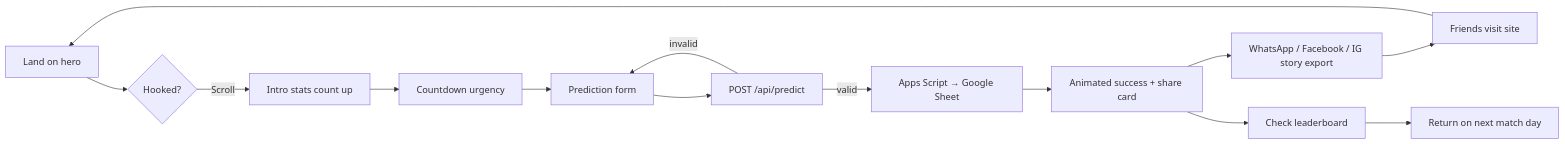
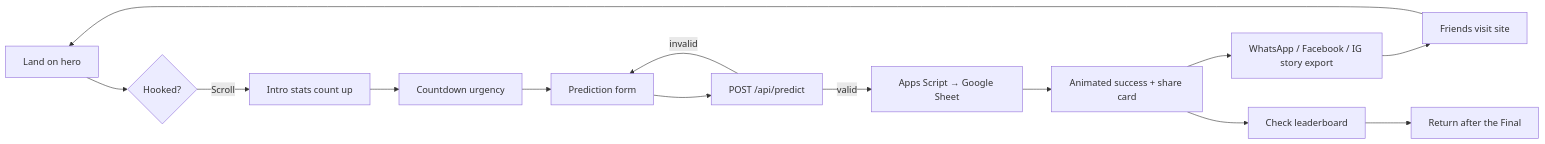
The third of 5 diagrams in docs/architecture.md (digitalmarketinghcoe/worldcup), drawn with Mermaid before and after one commit. The commit also changed other lines of this file and 33 other files, not shown here.

````diff
--- a/docs/architecture.md
+++ b/docs/architecture.md
@@ -48,14 +48,14 @@
 ```mermaid
 flowchart LR
     A[Land on hero] --> B{Hooked?}
     B -->|Scroll| C[Intro stats count up]
     C --> D[Countdown urgency]
     D --> E[Prediction form]
     E --> F[POST /api/predict]
     F -->|valid| G[Apps Script → Google Sheet]
     F -->|invalid| E
     G --> H[Animated success + share card]
     H --> I[WhatsApp / Facebook / IG story export]
     I --> J[Friends visit site] --> A
-    H --> K[Check leaderboard] --> L[Return on next match day]
+    H --> K[Check leaderboard] --> L[Return after the Final]
 ```
````
